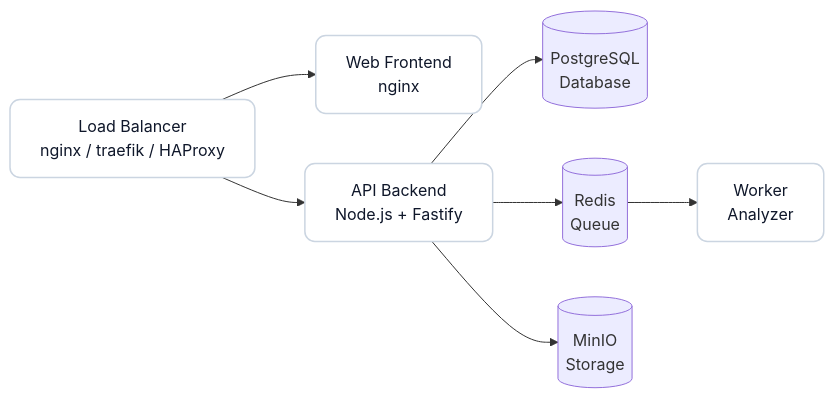
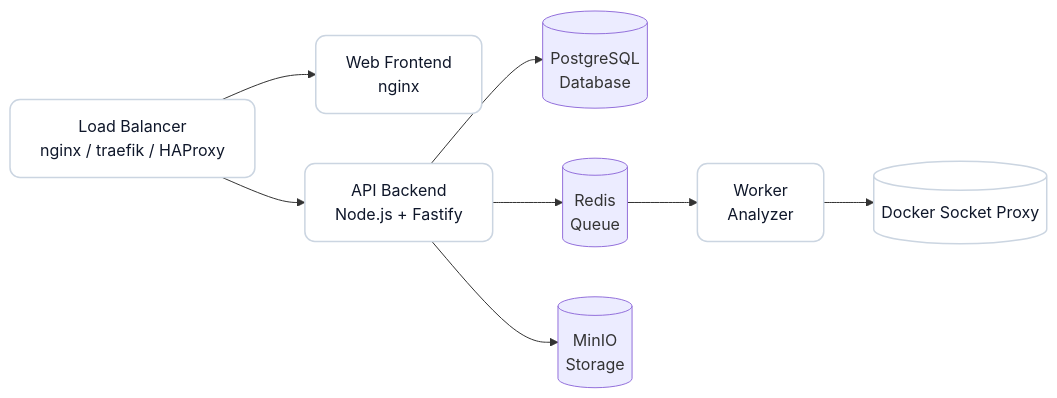
One commit to brivab/qubeless changed the diagram in docs/en/deploy.md. Above: the diagram before and after it, drawn with Mermaid. The commit also changed other lines of this file and 7 other files, not shown here.

Commit message:
Docker socket proxy

````diff
--- a/docs/en/deploy.md
+++ b/docs/en/deploy.md
@@ -71,20 +74,22 @@
 ```mermaid
 flowchart LR
   LB[Load Balancer<br/>nginx / traefik / HAProxy]
   WEB[Web Frontend<br/>nginx]
   API[API Backend<br/>Node.js + Fastify]
   DB[(PostgreSQL<br/>Database)]
   REDIS[(Redis<br/>Queue)]
   MINIO[(MinIO<br/>Storage)]
   WORKER[Worker<br/>Analyzer]
+  DPROXY[(Docker Socket Proxy)]
 
   LB --> WEB
   LB --> API
   API --> DB
   API --> REDIS
   API --> MINIO
   REDIS --> WORKER
+  WORKER --> DPROXY
 
   classDef stage fill:#ffffff,stroke:#cbd5e1,stroke-width:1.5px,color:#0f172a,rx:10,ry:10;
-  class LB,WEB,API,WORKER stage;
+  class LB,WEB,API,WORKER,DPROXY stage;
 ```
````
